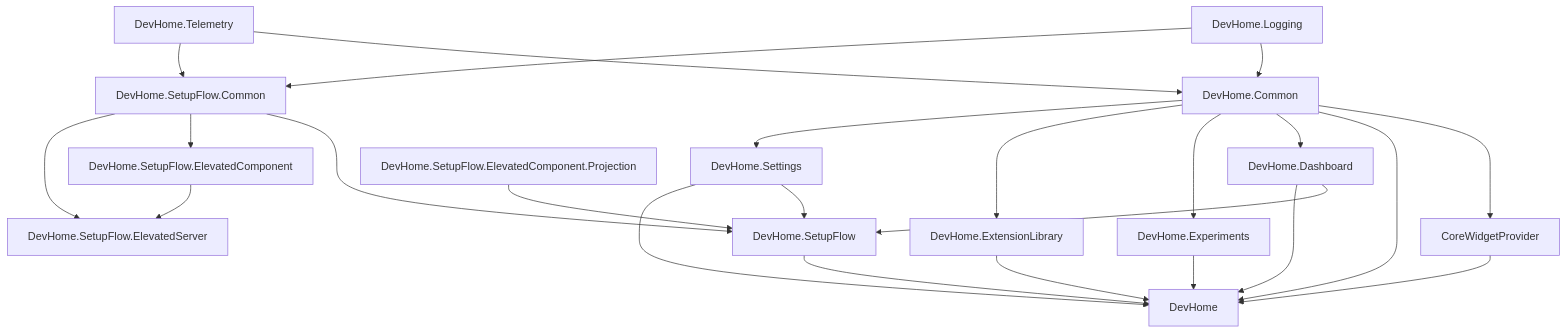
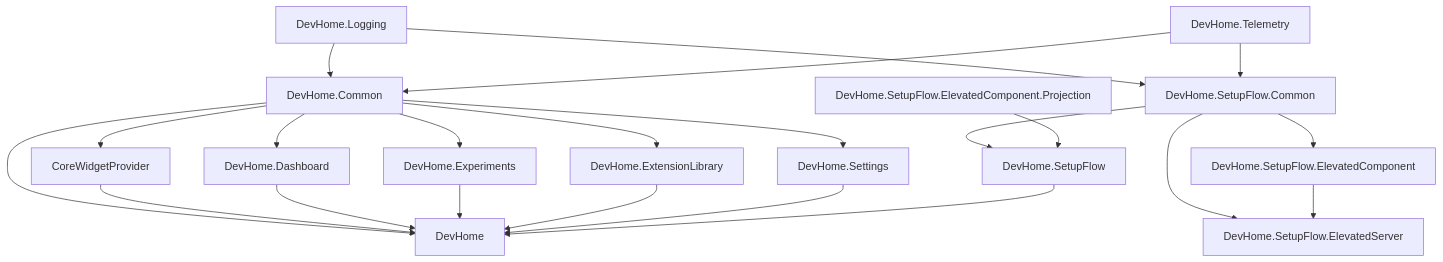
The diagram in docs/architecture.md (microsoft/devhome), drawn with Mermaid before and after one commit.

````diff
--- a/docs/architecture.md
+++ b/docs/architecture.md
@@ -14,26 +14,24 @@
 ```mermaid
 graph TD;
     DevHome.Logging-->DevHome.Common;
     DevHome.Telemetry-->DevHome.Common;
     DevHome.Common-->CoreWidgetProvider;
     DevHome.Common-->DevHome;
     DevHome.Common-->DevHome.Dashboard;
     DevHome.Common-->DevHome.Experiments;
     DevHome.Common-->DevHome.ExtensionLibrary;
     DevHome.Common-->DevHome.Settings;
     DevHome.Logging-->DevHome.SetupFlow.Common;
     DevHome.Telemetry-->DevHome.SetupFlow.Common;
     DevHome.SetupFlow.Common-->DevHome.SetupFlow;
     DevHome.SetupFlow.Common-->DevHome.SetupFlow.ElevatedComponent;
     DevHome.SetupFlow.Common-->DevHome.SetupFlow.ElevatedServer;
     DevHome.SetupFlow.ElevatedComponent-->DevHome.SetupFlow.ElevatedServer;
     DevHome.SetupFlow.ElevatedComponent.Projection-->DevHome.SetupFlow;
-    DevHome.Dashboard-->DevHome.SetupFlow;
-    DevHome.Settings-->DevHome.SetupFlow;
     CoreWidgetProvider-->DevHome;
     DevHome.Dashboard-->DevHome;
     DevHome.Experiments-->DevHome;
     DevHome.ExtensionLibrary-->DevHome;
     DevHome.Settings-->DevHome;
     DevHome.SetupFlow-->DevHome;
 ```
````
